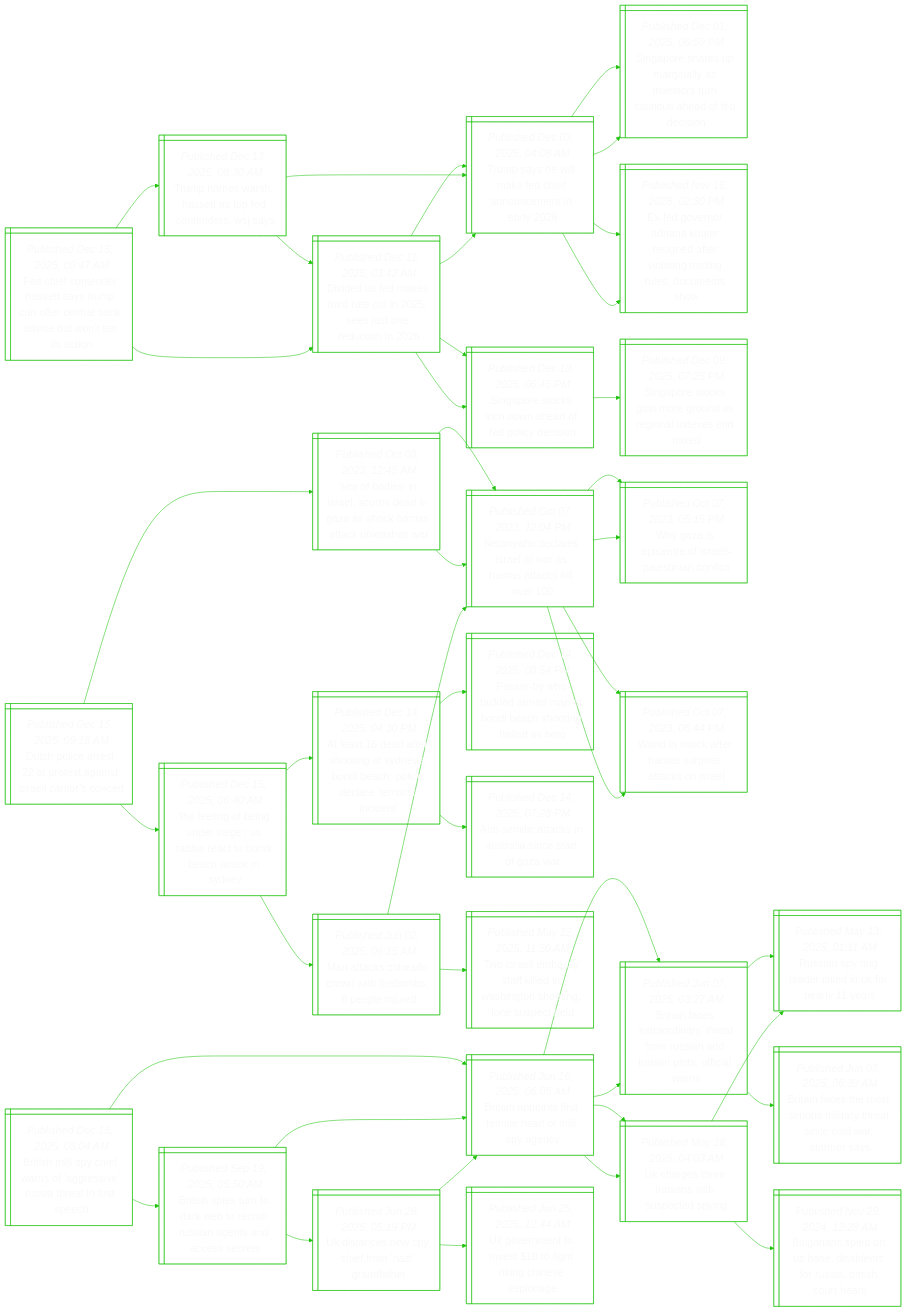
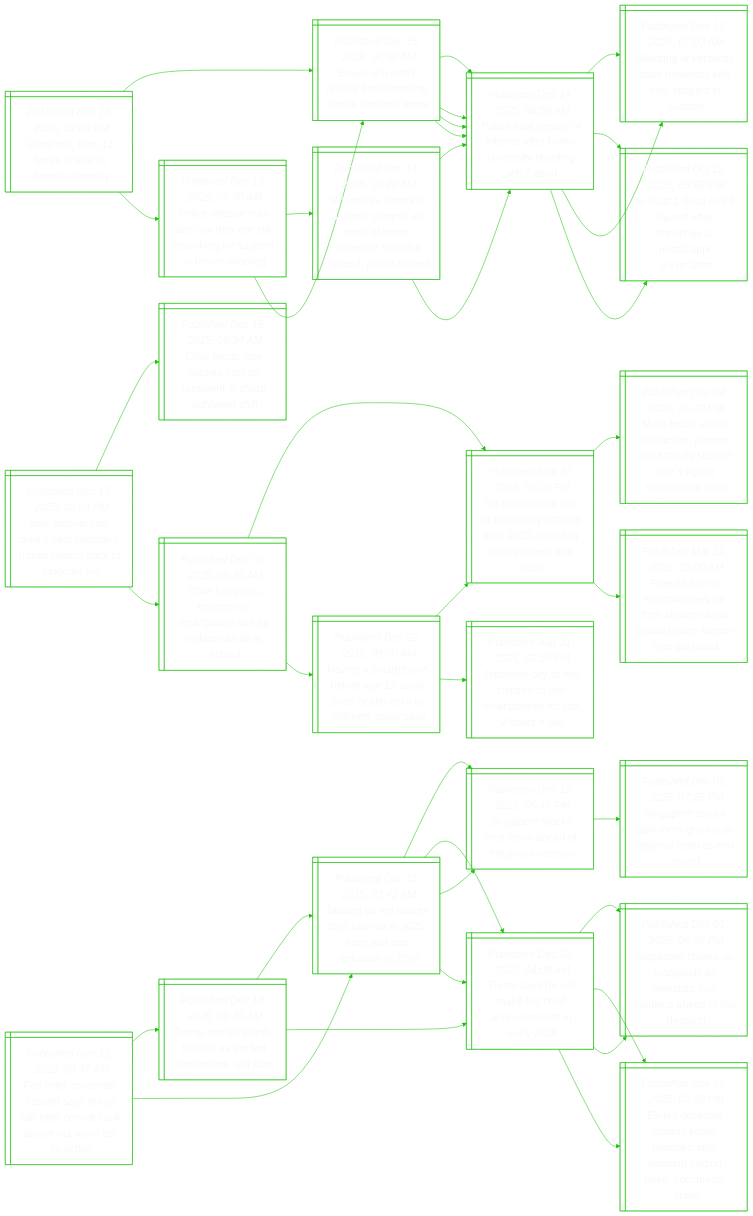
Before and after one commit to notJmes/notJmes: the diagram in README.md, drawn with Mermaid. The commit also changed other lines of this file, not shown here.

````diff
--- a/README.md
+++ b/README.md
@@ -15,6 +15,80 @@
 %%{init: {'theme':'base', 'themeVariables': {'primaryColor': "transparent", 'primaryTextColor': "#F9F9F9", 'lineColor': "#20C20E", 'primaryBorderColor':'#20C20E'}}}%%
 flowchart LR
 classDef txtsize font-size:20px;
+
+GoereBUr@{ shape: win-pane, label: "_Published Dec 15, 2025, 02:06 PM_
+Gunshots, then 12 hours of fear at brown university" }
+BUrrnmtette@{ shape: win-pane, label: "_Published Dec 15, 2025, 06:30 AM_
+Brown university, reeling from shooting, sends students home" }
+Pepnttrneytea@{ shape: win-pane, label: "_Published Dec 14, 2025, 06:58 AM_
+Police hold person of interest after brown university shooting left 2 dead" }
+SiKcaiileecd@{ shape: win-pane, label: "_Published Dec 10, 2025, 07:03 AM_
+Shooting at kentucky state university kills one, suspect in custody" }
+Asdndrtaspii@{ shape: win-pane, label: "_Published Oct 12, 2025, 05:58 PM_
+At least 1 dead and 3 injured after shootings at mississippi universities" }
+Pepnttrneytea@{ shape: win-pane, label: "_Published Dec 14, 2025, 06:58 AM_
+Police hold person of interest after brown university shooting left 2 dead" }
+SiKcaiileecd@{ shape: win-pane, label: "_Published Dec 10, 2025, 07:03 AM_
+Shooting at kentucky state university kills one, suspect in custody" }
+Asdndrtaspii@{ shape: win-pane, label: "_Published Oct 12, 2025, 05:58 PM_
+At least 1 dead and 3 injured after shootings at mississippi universities" }
+PeanayteireBsi@{ shape: win-pane, label: "_Published Dec 15, 2025, 07:00 AM_
+Police release man and say they are still searching for suspect in brown shooting" }
+Wsebiaasoiiogair@{ shape: win-pane, label: "_Published Dec 14, 2025, 09:40 AM_
+Witnesses describe anxious campus as news of brown university shooting spread, police arrived" }
+Pepnttrneytea@{ shape: win-pane, label: "_Published Dec 14, 2025, 06:58 AM_
+Police hold person of interest after brown university shooting left 2 dead" }
+Pepnttrneytea@{ shape: win-pane, label: "_Published Dec 14, 2025, 06:58 AM_
+Police hold person of interest after brown university shooting left 2 dead" }
+BUrrnmtette@{ shape: win-pane, label: "_Published Dec 15, 2025, 06:30 AM_
+Brown university, reeling from shooting, sends students home" }
+Pepnttrneytea@{ shape: win-pane, label: "_Published Dec 14, 2025, 06:58 AM_
+Police hold person of interest after brown university shooting left 2 dead" }
+Pepnttrneytea@{ shape: win-pane, label: "_Published Dec 14, 2025, 06:58 AM_
+Police hold person of interest after brown university shooting left 2 dead" }
+
+GoereBUr:::txtsize --> BUrrnmtette:::txtsize
+BUrrnmtette:::txtsize --> Pepnttrneytea:::txtsize
+Pepnttrneytea:::txtsize --> SiKcaiileecd:::txtsize
+Pepnttrneytea:::txtsize --> Asdndrtaspii:::txtsize
+BUrrnmtette:::txtsize --> Pepnttrneytea:::txtsize
+Pepnttrneytea:::txtsize --> SiKcaiileecd:::txtsize
+Pepnttrneytea:::txtsize --> Asdndrtaspii:::txtsize
+GoereBUr:::txtsize --> PeanayteireBsi:::txtsize
+PeanayteireBsi:::txtsize --> Wsebiaasoiiogair:::txtsize
+Wsebiaasoiiogair:::txtsize --> Pepnttrneytea:::txtsize
+Wsebiaasoiiogair:::txtsize --> Pepnttrneytea:::txtsize
+PeanayteireBsi:::txtsize --> BUrrnmtette:::txtsize
+BUrrnmtette:::txtsize --> Pepnttrneytea:::txtsize
+BUrrnmtette:::txtsize --> Pepnttrneytea:::txtsize
+
+JnoCspdrpicie@{ shape: win-pane, label: "_Published Dec 15, 2025, 02:04 PM_
+Jose antonio kast, chile’s next president, traces politics back to pinochet era" }
+CesAitenhiai@{ shape: win-pane, label: "_Published Dec 15, 2025, 06:34 AM_
+Chile elects jose antonio kast as president in sharp rightward shift" }
+Cboryteydhto@{ shape: win-pane, label: "_Published Dec 03, 2025, 08:35 AM_
+Chile bans non-emergency smartphone use by children while at school" }
+Nrnioyoolgned@{ shape: win-pane, label: "_Published Nov 30, 2025, 06:00 PM_
+No smartphone use in secondary schools from 2026, including during recess and ccas" }
+MooianndopMirtes@{ shape: win-pane, label: "_Published Dec 02, 2025, 01:40 PM_
+More focus, social interaction: parents and schools support moe’s tighter smartphone rules" }
+Ptnatfeingleeeb@{ shape: win-pane, label: "_Published Mar 22, 2025, 05:00 AM_
+Parents turn to smartwatches for their children amid global phone screen-time pushback" }
+Hgrnoedhhsiny@{ shape: win-pane, label: "_Published Dec 02, 2025, 08:00 AM_
+Having a smartphone before age 12 could pose health risks to children, study says" }
+Nrnioyoolgned@{ shape: win-pane, label: "_Published Nov 30, 2025, 06:00 PM_
+No smartphone use in secondary schools from 2026, including during recess and ccas" }
+Jetsltspsuua@{ shape: win-pane, label: "_Published Aug 21, 2025, 02:20 PM_
+Japanese city to ask children to use smartphones for just 2 hours a day" }
+
+JnoCspdrpicie:::txtsize --> CesAitenhiai:::txtsize
+JnoCspdrpicie:::txtsize --> Cboryteydhto:::txtsize
+Cboryteydhto:::txtsize --> Nrnioyoolgned:::txtsize
+Nrnioyoolgned:::txtsize --> MooianndopMirtes:::txtsize
+Nrnioyoolgned:::txtsize --> Ptnatfeingleeeb:::txtsize
+Cboryteydhto:::txtsize --> Hgrnoedhhsiny:::txtsize
+Hgrnoedhhsiny:::txtsize --> Nrnioyoolgned:::txtsize
+Hgrnoedhhsiny:::txtsize --> Jetsltspsuua:::txtsize
 
 Finesaunrrnitsso@{ shape: win-pane, label: "_Published Dec 15, 2025, 09:47 AM_
 Fed chief contender hassett says trump can offer central bank advice but won’t set its action" }
@@ -59,96 +133,4 @@
 Tsemeeomny:::txtsize --> Sphuglnortaodi:::txtsize
 Tsemeeomny:::txtsize --> EgnrKrgfiiardeh:::txtsize
 
-Dpesrtnrcrc@{ shape: win-pane, label: "_Published Dec 15, 2025, 09:18 AM_
-Dutch police arrest 22 at protest against israeli cantor’s concert" }
-Sbsrcdnacaale@{ shape: win-pane, label: "_Published Oct 08, 2023, 12:45 AM_
-‘sea of bodies’ in israel, scores dead in gaza as shock hamas attack unleashes war" }
-NyeeawHakl@{ shape: win-pane, label: "_Published Oct 07, 2023, 12:04 PM_
-Netanyahu declares israel at war as hamas attacks kill over 100" }
-WzptIleint@{ shape: win-pane, label: "_Published Oct 07, 2023, 05:15 PM_
-Why gaza is epicentre of israeli-palestinian conflict" }
-Wiceapaks@{ shape: win-pane, label: "_Published Oct 07, 2023, 06:44 PM_
-World in shock after hamas surprise attacks on israel" }
-NyeeawHakl@{ shape: win-pane, label: "_Published Oct 07, 2023, 12:04 PM_
-Netanyahu declares israel at war as hamas attacks kill over 100" }
-WzptIleint@{ shape: win-pane, label: "_Published Oct 07, 2023, 05:15 PM_
-Why gaza is epicentre of israeli-palestinian conflict" }
-Wiceapaks@{ shape: win-pane, label: "_Published Oct 07, 2023, 06:44 PM_
-World in shock after hamas surprise attacks on israel" }
-TeonegartdcaSy@{ shape: win-pane, label: "_Published Dec 15, 2025, 06:40 AM_
-‘the feeling of being under siege’: us rabbis react to bondi beach attack in sydney" }
-Asdrttenaleeoie@{ shape: win-pane, label: "_Published Dec 14, 2025, 04:30 PM_
-At least 16 dead after shooting at sydney’s bondi beach; police declare ‘terrorist incident’" }
-Prolmnnaogee@{ shape: win-pane, label: "_Published Dec 14, 2025, 08:54 PM_
-Passer-by who tackled armed man at bondi beach shooting hailed as hero" }
-AeccAaitfw@{ shape: win-pane, label: "_Published Dec 14, 2025, 07:28 PM_
-Anti-semitic attacks in australia since start of gaza war" }
-MtCaoteslu@{ shape: win-pane, label: "_Published Jun 02, 2025, 06:15 AM_
-Man attacks colorado crowd with firebombs, 8 people injured" }
-NyeeawHakl@{ shape: win-pane, label: "_Published Oct 07, 2023, 12:04 PM_
-Netanyahu declares israel at war as hamas attacks kill over 100" }
-TresflWnsinpe@{ shape: win-pane, label: "_Published May 22, 2025, 11:50 AM_
-Two israeli embassy staff killed in washington shooting; lone suspect held" }
-
-Dpesrtnrcrc:::txtsize --> Sbsrcdnacaale:::txtsize
-Sbsrcdnacaale:::txtsize --> NyeeawHakl:::txtsize
-NyeeawHakl:::txtsize --> WzptIleint:::txtsize
-NyeeawHakl:::txtsize --> Wiceapaks:::txtsize
-Sbsrcdnacaale:::txtsize --> NyeeawHakl:::txtsize
-NyeeawHakl:::txtsize --> WzptIleint:::txtsize
-NyeeawHakl:::txtsize --> Wiceapaks:::txtsize
-Dpesrtnrcrc:::txtsize --> TeonegartdcaSy:::txtsize
-TeonegartdcaSy:::txtsize --> Asdrttenaleeoie:::txtsize
-Asdrttenaleeoie:::txtsize --> Prolmnnaogee:::txtsize
-Asdrttenaleeoie:::txtsize --> AeccAaitfw:::txtsize
-TeonegartdcaSy:::txtsize --> MtCaoteslu:::txtsize
-MtCaoteslu:::txtsize --> NyeeawHakl:::txtsize
-MtCaoteslu:::txtsize --> TresflWnsinpe:::txtsize
-
-Bspengsuttre@{ shape: win-pane, label: "_Published Dec 15, 2025, 08:04 AM_
-British mi6 spy chief warns of ‘aggressive’ russia threat in first speech" }
-Bioffeopn@{ shape: win-pane, label: "_Published Jun 16, 2025, 06:05 AM_
-Britain appoints first female head of mi6 spy agency" }
-BierittRaIatiw@{ shape: win-pane, label: "_Published Jun 07, 2025, 03:27 AM_
-Britain faces ‘extraordinary’ threat from russian and iranian plots, official warns" }
-Rarejdfae@{ shape: win-pane, label: "_Published May 13, 2025, 01:11 AM_
-Russian spy ring leader jailed in uk for nearly 11 years" }
-BiemesthsCara@{ shape: win-pane, label: "_Published Jun 03, 2025, 06:39 AM_
-Britain faces the most serious military threat since cold war, starmer says" }
-Urhrnhesg@{ shape: win-pane, label: "_Published May 18, 2025, 04:03 AM_
-Uk charges three iranians with suspected spying" }
-Rarejdfae@{ shape: win-pane, label: "_Published May 13, 2025, 01:11 AM_
-Russian spy ring leader jailed in uk for nearly 11 years" }
-Brsoasnritoe@{ shape: win-pane, label: "_Published Nov 29, 2024, 12:28 AM_
-Bulgarians spied on us base, dissidents for russia, british court hears" }
-Bsenrtruntase@{ shape: win-pane, label: "_Published Sep 19, 2025, 05:50 AM_
-British spies turn to dark web to recruit russian agents and access secrets" }
-Bioffeopn@{ shape: win-pane, label: "_Published Jun 16, 2025, 06:05 AM_
-Britain appoints first female head of mi6 spy agency" }
-BierittRaIatiw@{ shape: win-pane, label: "_Published Jun 07, 2025, 03:27 AM_
-Britain faces ‘extraordinary’ threat from russian and iranian plots, official warns" }
-Urhrnhesg@{ shape: win-pane, label: "_Published May 18, 2025, 04:03 AM_
-Uk charges three iranians with suspected spying" }
-Utspemgfr@{ shape: win-pane, label: "_Published Jun 28, 2025, 05:19 PM_
-Uk distances new spy chief from ‘nazi’ grandfather" }
-Bioffeopn@{ shape: win-pane, label: "_Published Jun 16, 2025, 06:05 AM_
-Britain appoints first female head of mi6 spy agency" }
-Uennbgsheo@{ shape: win-pane, label: "_Published Jun 25, 2025, 12:44 AM_
-Uk government to invest $1b to fight rising chinese espionage" }
-
-Bspengsuttre:::txtsize --> Bioffeopn:::txtsize
-Bioffeopn:::txtsize --> BierittRaIatiw:::txtsize
-BierittRaIatiw:::txtsize --> Rarejdfae:::txtsize
-BierittRaIatiw:::txtsize --> BiemesthsCara:::txtsize
-Bioffeopn:::txtsize --> Urhrnhesg:::txtsize
-Urhrnhesg:::txtsize --> Rarejdfae:::txtsize
-Urhrnhesg:::txtsize --> Brsoasnritoe:::txtsize
-Bspengsuttre:::txtsize --> Bsenrtruntase:::txtsize
-Bsenrtruntase:::txtsize --> Bioffeopn:::txtsize
-Bioffeopn:::txtsize --> BierittRaIatiw:::txtsize
-Bioffeopn:::txtsize --> Urhrnhesg:::txtsize
-Bsenrtruntase:::txtsize --> Utspemgfr:::txtsize
-Utspemgfr:::txtsize --> Bioffeopn:::txtsize
-Utspemgfr:::txtsize --> Uennbgsheo:::txtsize
-
 ```
````
